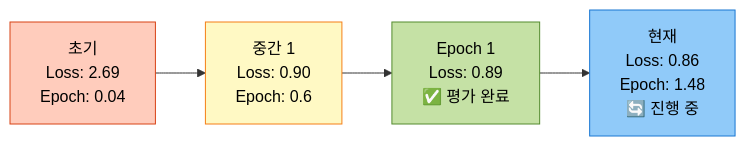
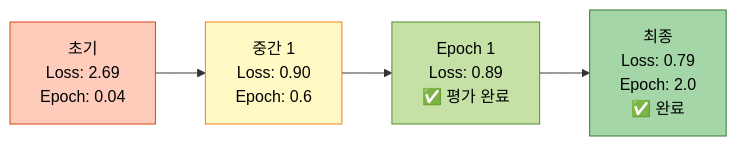
The seventh of 12 diagrams in docs/experiments/20251013_161056_test_strategy3_triple_실험분석.md (AIBootcamp14/naturallanguageprocessingcompetition-nlp-1), drawn with Mermaid before and after one commit. The commit also changed other lines of this file, not shown here.

````diff
--- a/docs/experiments/20251013_161056_test_strategy3_triple_실험분석.md
+++ b/docs/experiments/20251013_161056_test_strategy3_triple_실험분석.md
@@ -679,11 +679,11 @@
 ```mermaid
 graph LR
     A[초기<br/>Loss: 2.69<br/>Epoch: 0.04] --> B[중간 1<br/>Loss: 0.90<br/>Epoch: 0.6]
     B --> C[Epoch 1<br/>Loss: 0.89<br/>✅ 평가 완료]
-    C --> D[현재<br/>Loss: 0.86<br/>Epoch: 1.48<br/>🔄 진행 중]
+    C --> D[최종<br/>Loss: 0.79<br/>Epoch: 2.0<br/>✅ 완료]
 
     style A fill:#ffccbc,stroke:#d84315,color:#000
     style B fill:#fff9c4,stroke:#f57f17,color:#000
     style C fill:#c5e1a5,stroke:#558b2f,color:#000
-    style D fill:#90caf9,stroke:#1976d2,color:#000
+    style D fill:#a5d6a7,stroke:#2e7d32,color:#000
 ```
````
